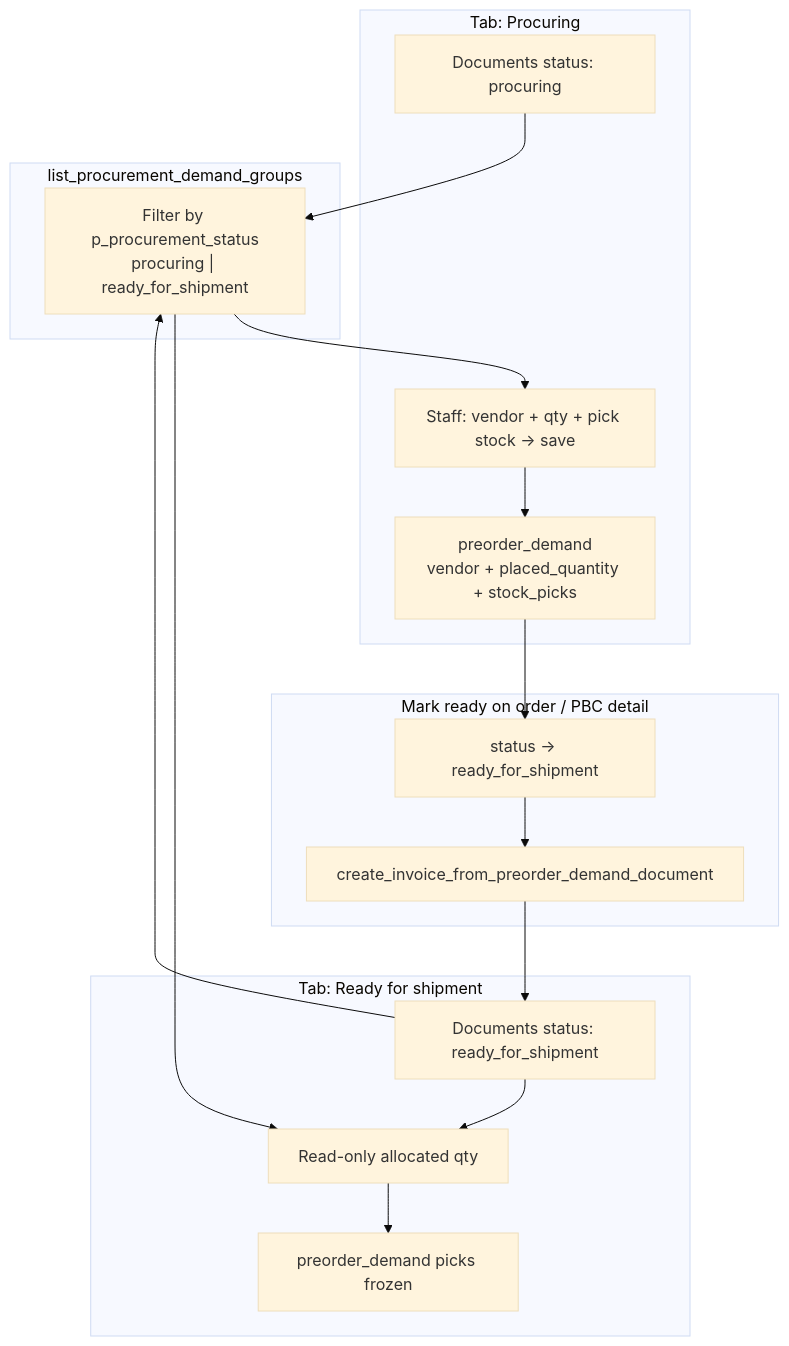
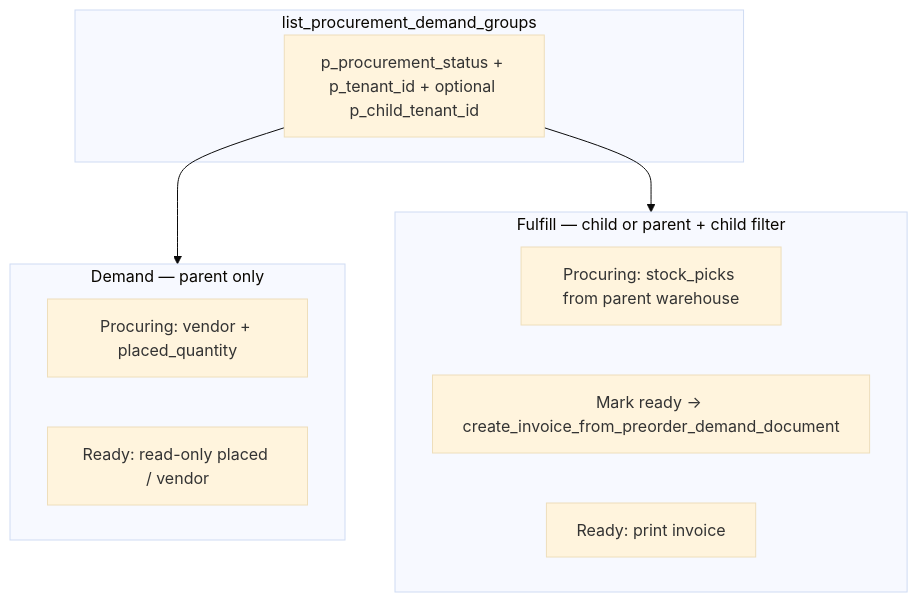
Before and after one commit to david-git-2/brandwala-wholesale-quasar-v2: the second of 2 diagrams in doc/shop_order/PROCUREMENT_DEMAND_LIST.md, drawn with Mermaid (base theme). The commit also changed other lines of this file and 17 other files, not shown here.

````diff
--- a/doc/shop_order/PROCUREMENT_DEMAND_LIST.md
+++ b/doc/shop_order/PROCUREMENT_DEMAND_LIST.md
@@ -34,34 +52,20 @@
 ```mermaid
 flowchart TD
-  subgraph Tab1 ["Tab: Procuring"]
-    SO1["Documents status: procuring"]
-    PP["preorder_demand<br/>vendor + placed_quantity + stock_picks"]
-    ACT1["Staff: vendor + qty + pick stock → save"]
+  subgraph Demand ["Demand — parent only"]
+    D1["Procuring: vendor + placed_quantity"]
+    D2["Ready: read-only placed / vendor"]
   end
 
-  subgraph Advance ["Mark ready on order / PBC detail"]
-    RFS["status → ready_for_shipment"]
-    INV["create_invoice_from_preorder_demand_document"]
-  end
-
-  subgraph Tab2 ["Tab: Ready for shipment"]
-    SO2["Documents status: ready_for_shipment"]
-    PF["preorder_demand picks frozen"]
-    ACT2["Read-only allocated qty"]
+  subgraph Fulfill ["Fulfill — child or parent + child filter"]
+    F1["Procuring: stock_picks from parent warehouse"]
+    F2["Mark ready → create_invoice_from_preorder_demand_document"]
+    F3["Ready: print invoice"]
   end
 
   subgraph RPC ["list_procurement_demand_groups"]
-    LIST["Filter by p_procurement_status<br/>procuring | ready_for_shipment"]
+    LIST["p_procurement_status + p_tenant_id + optional p_child_tenant_id"]
   end
 
-  SO1 --> LIST
-  SO2 --> LIST
-  LIST --> ACT1
-  LIST --> ACT2
-  ACT1 --> PP
-  PP --> RFS
-  RFS --> INV
-  INV --> SO2
-  SO2 --> ACT2
-  ACT2 --> PF
+  LIST --> Demand
+  LIST --> Fulfill
 ```
````
